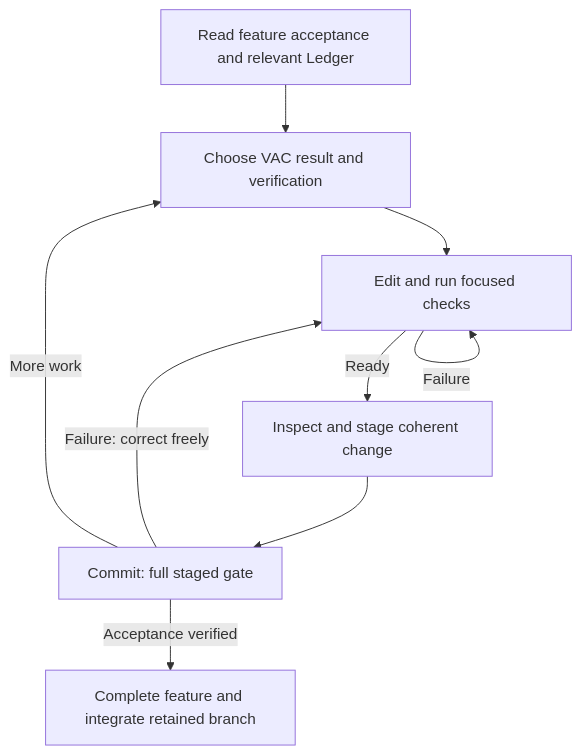
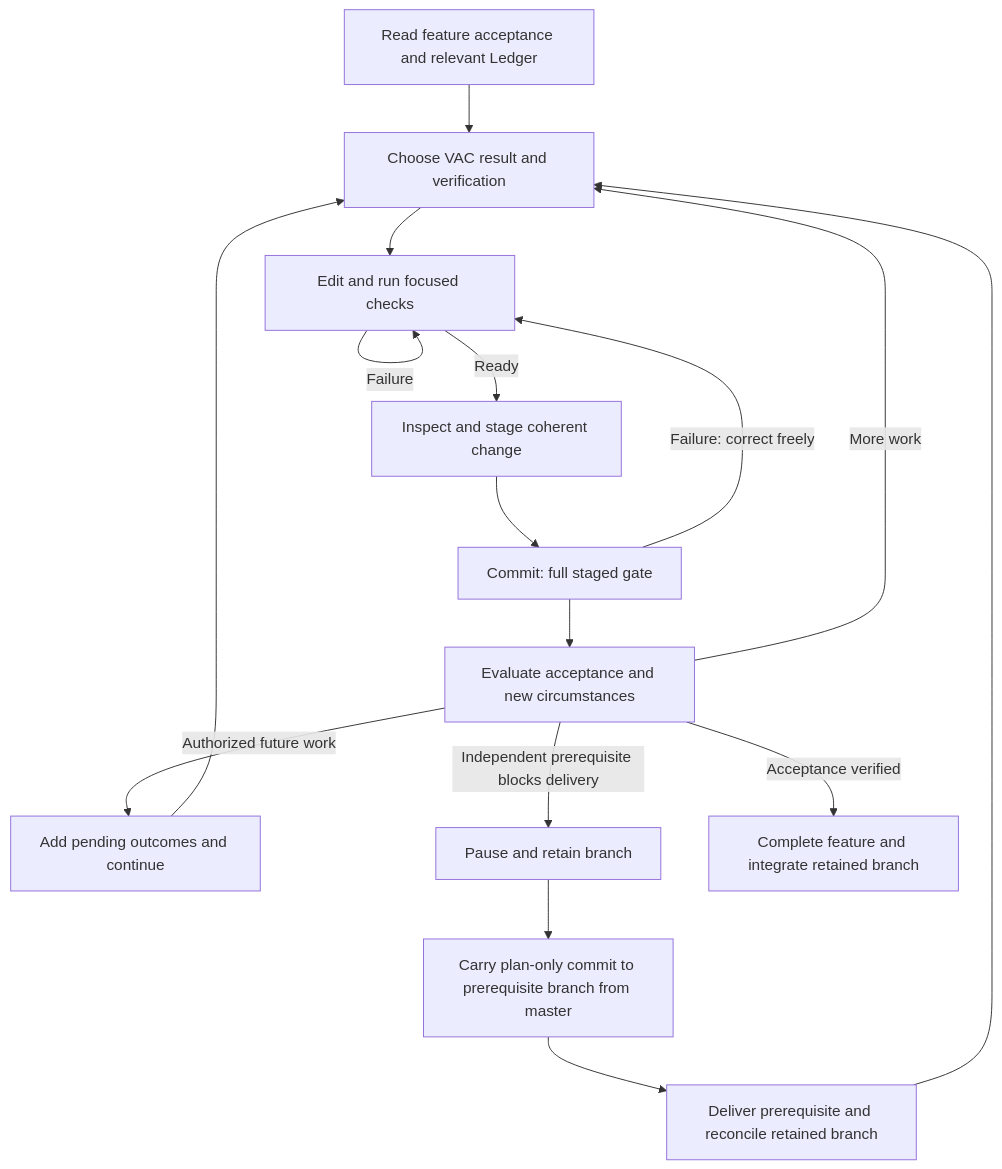
One commit to Deliner/AgentRig changed the diagram in README.md. Above: the diagram before and after it, drawn with Mermaid. The commit also changed other lines of this file and 13 other files, not shown here.

First line of the commit message:
Support adaptive feature plans and retained prerequisite handoffs

````diff
--- a/README.md
+++ b/README.md
@@ -11,11 +13,18 @@
 ```mermaid
 flowchart TD
     A[Read feature acceptance and relevant Ledger] --> B[Choose VAC result and verification]
     B --> C[Edit and run focused checks]
     C -->|Failure| C
     C -->|Ready| D[Inspect and stage coherent change]
     D --> E[Commit: full staged gate]
     E -->|Failure: correct freely| C
-    E -->|More work| B
-    E -->|Acceptance verified| F[Complete feature and integrate retained branch]
+    E --> G[Evaluate acceptance and new circumstances]
+    G -->|More work| B
+    G -->|Authorized future work| H[Add pending outcomes and continue]
+    H --> B
+    G -->|Independent prerequisite blocks delivery| I[Pause and retain branch]
+    I --> J[Carry plan-only commit to prerequisite branch from master]
+    J --> K[Deliver prerequisite and reconcile retained branch]
+    K --> B
+    G -->|Acceptance verified| F[Complete feature and integrate retained branch]
 ```
````
